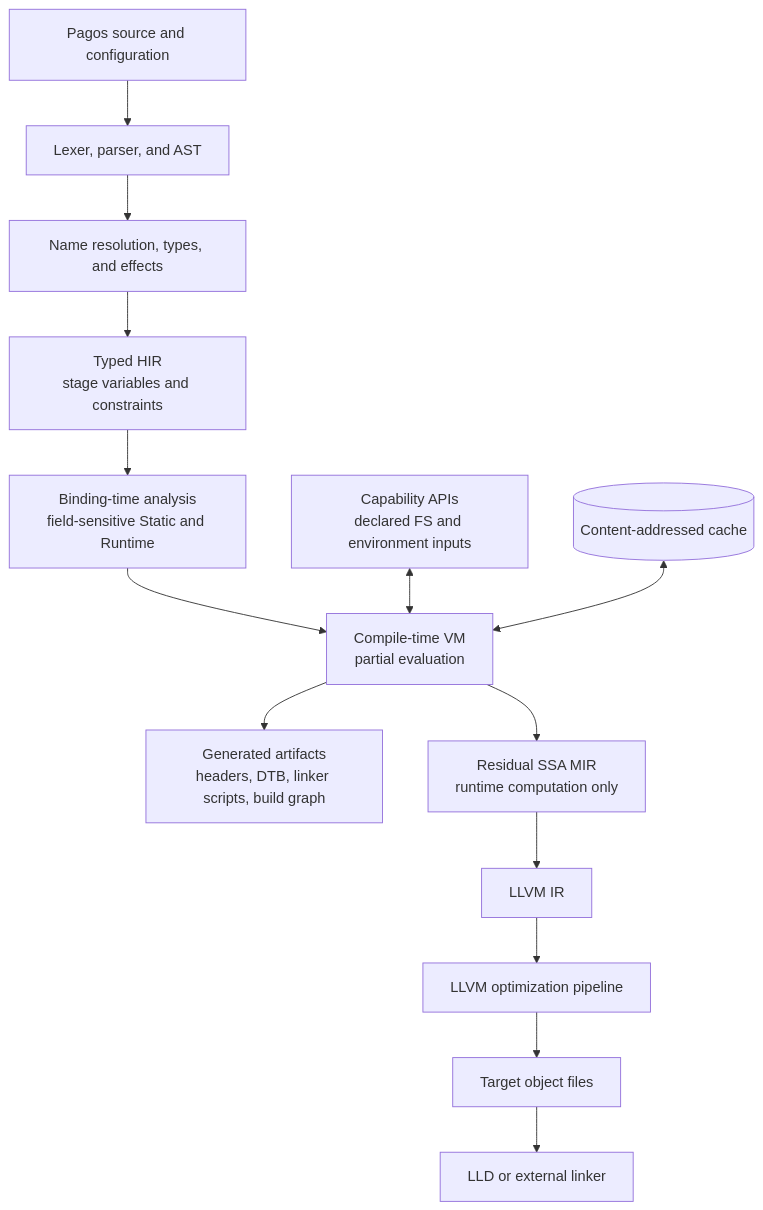
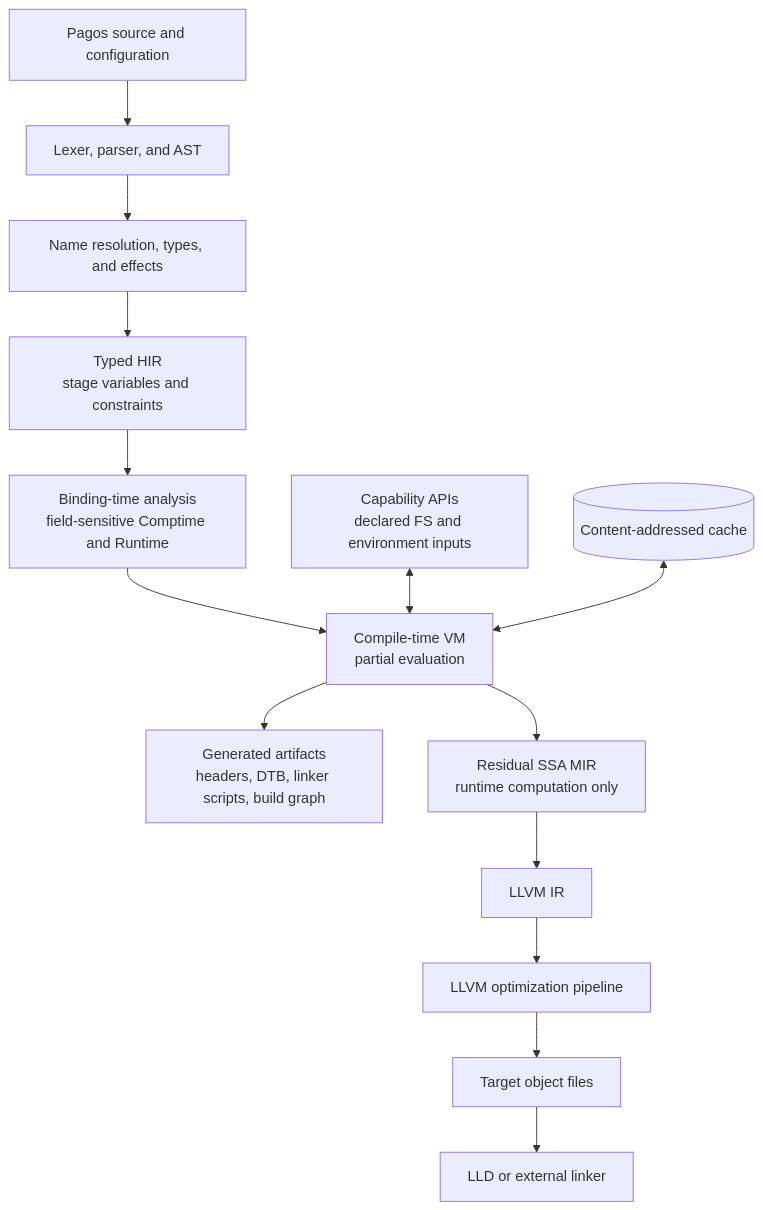
Before and after one commit to starwey604/pagos-lang: the diagram in docs/architecture.md, drawn with Mermaid. The commit also changed other lines of this file and 185 other files, not shown here.

First line of the commit message:
compiler: adopt comptime stages and static storage

````diff
--- a/docs/architecture.md
+++ b/docs/architecture.md
@@ -73,18 +73,18 @@
 ```mermaid
 flowchart TB
     Inputs["Pagos source and configuration"] --> Parse["Lexer, parser, and AST"]
     Parse --> Sema["Name resolution, types, and effects"]
     Sema --> HIR["Typed HIR<br/>stage variables and constraints"]
-    HIR --> BTA["Binding-time analysis<br/>field-sensitive Static and Runtime"]
+    HIR --> BTA["Binding-time analysis<br/>field-sensitive Comptime and Runtime"]
     BTA --> Eval["Compile-time VM<br/>partial evaluation"]
 
     Caps["Capability APIs<br/>declared FS and environment inputs"] <--> Eval
     Cache[("Content-addressed cache")] <--> Eval
 
     Eval --> Artifacts["Generated artifacts<br/>headers, DTB, linker scripts, build graph"]
     Eval --> MIR["Residual SSA MIR<br/>runtime computation only"]
     MIR --> LLVM["LLVM IR"]
     LLVM --> Opt["LLVM optimization pipeline"]
     Opt --> Object["Target object files"]
     Object --> Link["LLD or external linker"]
 ```
````
